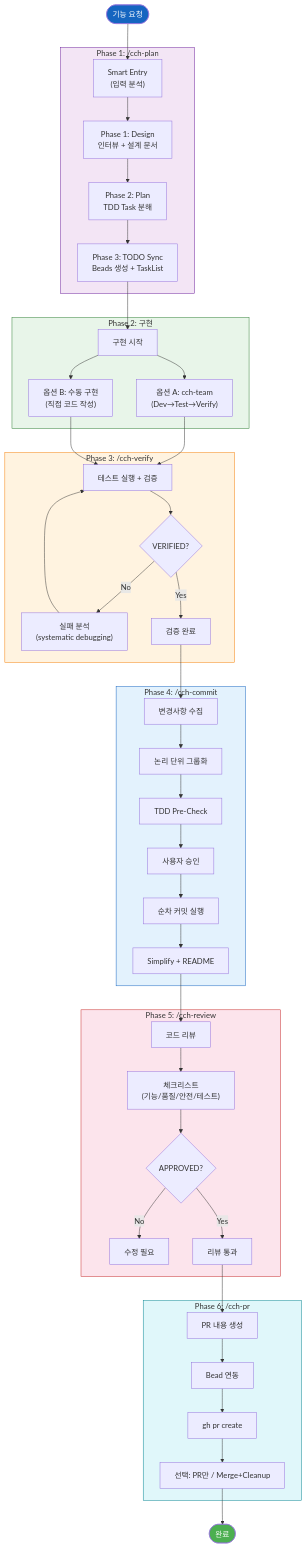
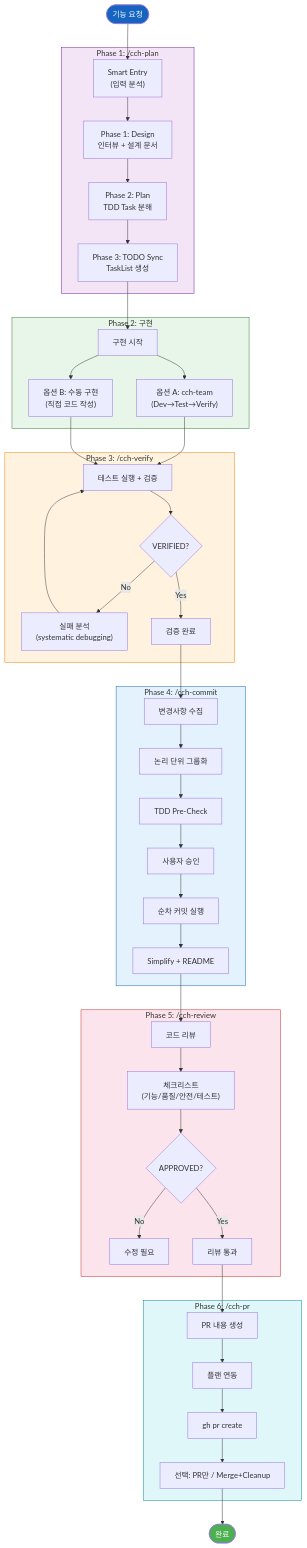
One commit to skdkfk8758/claude-code-harness changed the sixth of 17 diagrams in docs/diagrams/cch-workflows.md. Above: the diagram before and after it, drawn with Mermaid. The commit also changed other lines of this file and 1 other file, not shown here.

First line of the commit message:
docs: update workflow diagrams for v3, archive plugin reference

````diff
--- a/docs/diagrams/cch-workflows.md
+++ b/docs/diagrams/cch-workflows.md
@@ -311,70 +261,70 @@
 ```mermaid
 flowchart TD
     START(["기능 요청"]) --> PLAN
 
     subgraph PLAN_PHASE["Phase 1: /cch-plan"]
         PLAN["Smart Entry<br/>(입력 분석)"]
         PLAN --> P1["Phase 1: Design<br/>인터뷰 + 설계 문서"]
         P1 --> P2["Phase 2: Plan<br/>TDD Task 분해"]
-        P2 --> P3["Phase 3: TODO Sync<br/>Beads 생성 + TaskList"]
+        P2 --> P3["Phase 3: TODO Sync<br/>TaskList 생성"]
     end
 
     P3 --> IMPL
 
     subgraph CODE_PHASE["Phase 2: 구현"]
         IMPL["구현 시작"]
         IMPL --> OPT_A["옵션 A: cch-team<br/>(Dev→Test→Verify)"]
         IMPL --> OPT_B["옵션 B: 수동 구현<br/>(직접 코드 작성)"]
     end
 
     OPT_A & OPT_B --> VERIFY_PHASE
 
     subgraph VERIFY_PHASE_BOX["Phase 3: /cch-verify"]
         VERIFY_PHASE["테스트 실행 + 검증"]
         VERIFY_PHASE --> PASS{"VERIFIED?"}
         PASS -->|No| DEBUG["실패 분석<br/>(systematic debugging)"]
         DEBUG --> VERIFY_PHASE
         PASS -->|Yes| VERIFIED["검증 완료"]
     end
 
     VERIFIED --> COMMIT_PHASE
 
     subgraph COMMIT_PHASE_BOX["Phase 4: /cch-commit"]
         COMMIT_PHASE["변경사항 수집"]
         COMMIT_PHASE --> ANALYZE["논리 단위 그룹화"]
         ANALYZE --> TDD_CHECK["TDD Pre-Check"]
         TDD_CHECK --> USER_CONFIRM["사용자 승인"]
         USER_CONFIRM --> EXECUTE["순차 커밋 실행"]
         EXECUTE --> SIMPLIFY["Simplify + README"]
     end
 
     SIMPLIFY --> REVIEW_PHASE
 
     subgraph REVIEW_PHASE_BOX["Phase 5: /cch-review"]
         REVIEW_PHASE["코드 리뷰"]
         REVIEW_PHASE --> CHECKLIST["체크리스트<br/>(기능/품질/안전/테스트)"]
         CHECKLIST --> RESULT{"APPROVED?"}
         RESULT -->|No| FIX["수정 필요"]
         RESULT -->|Yes| APPROVED["리뷰 통과"]
     end
 
     APPROVED --> PR_PHASE
 
     subgraph PR_PHASE_BOX["Phase 6: /cch-pr"]
         PR_PHASE["PR 내용 생성"]
-        PR_PHASE --> BEAD_LINK["Bead 연동"]
-        BEAD_LINK --> GH_PR["gh pr create"]
+        PR_PHASE --> PLAN_LINK["플랜 연동"]
+        PLAN_LINK --> GH_PR["gh pr create"]
         GH_PR --> MERGE_OPT["선택: PR만 / Merge+Cleanup"]
     end
 
     MERGE_OPT --> DONE(["완료"])
 
     style START fill:#1565C0,color:white
     style DONE fill:#4CAF50,color:white
     style PLAN_PHASE fill:#F3E5F5,stroke:#6A1B9A
     style CODE_PHASE fill:#E8F5E9,stroke:#2E7D32
     style VERIFY_PHASE_BOX fill:#FFF3E0,stroke:#F57C00
     style COMMIT_PHASE_BOX fill:#E3F2FD,stroke:#1565C0
     style REVIEW_PHASE_BOX fill:#FCE4EC,stroke:#C62828
     style PR_PHASE_BOX fill:#E0F7FA,stroke:#00838F
 ```
````
